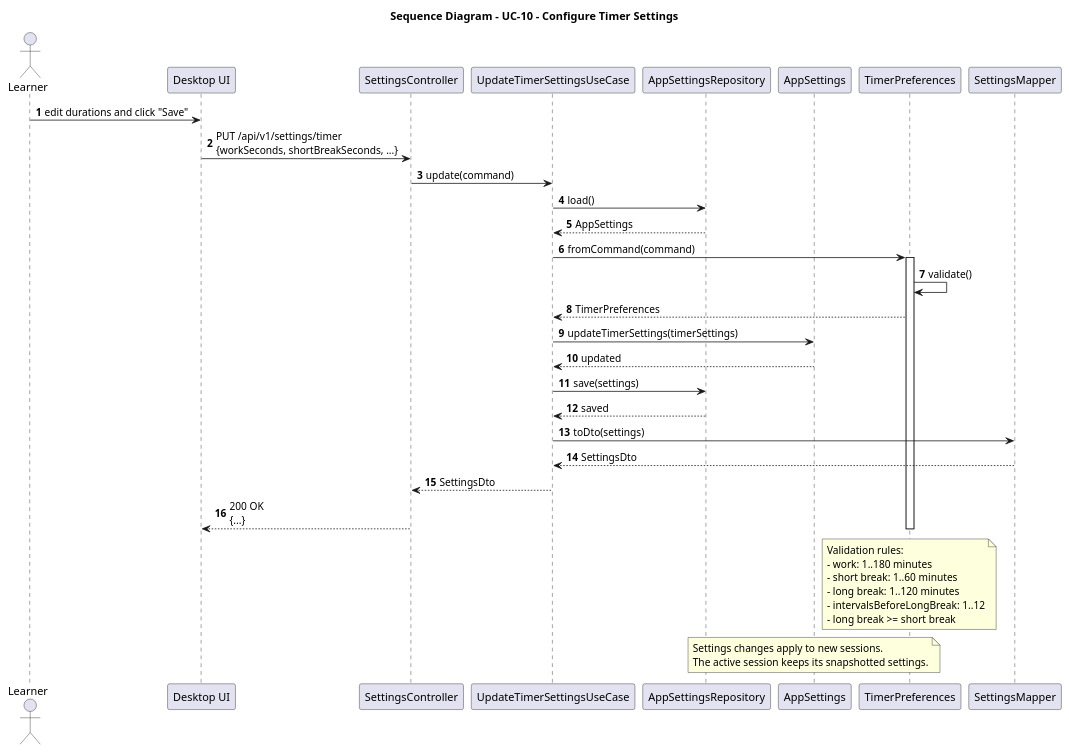
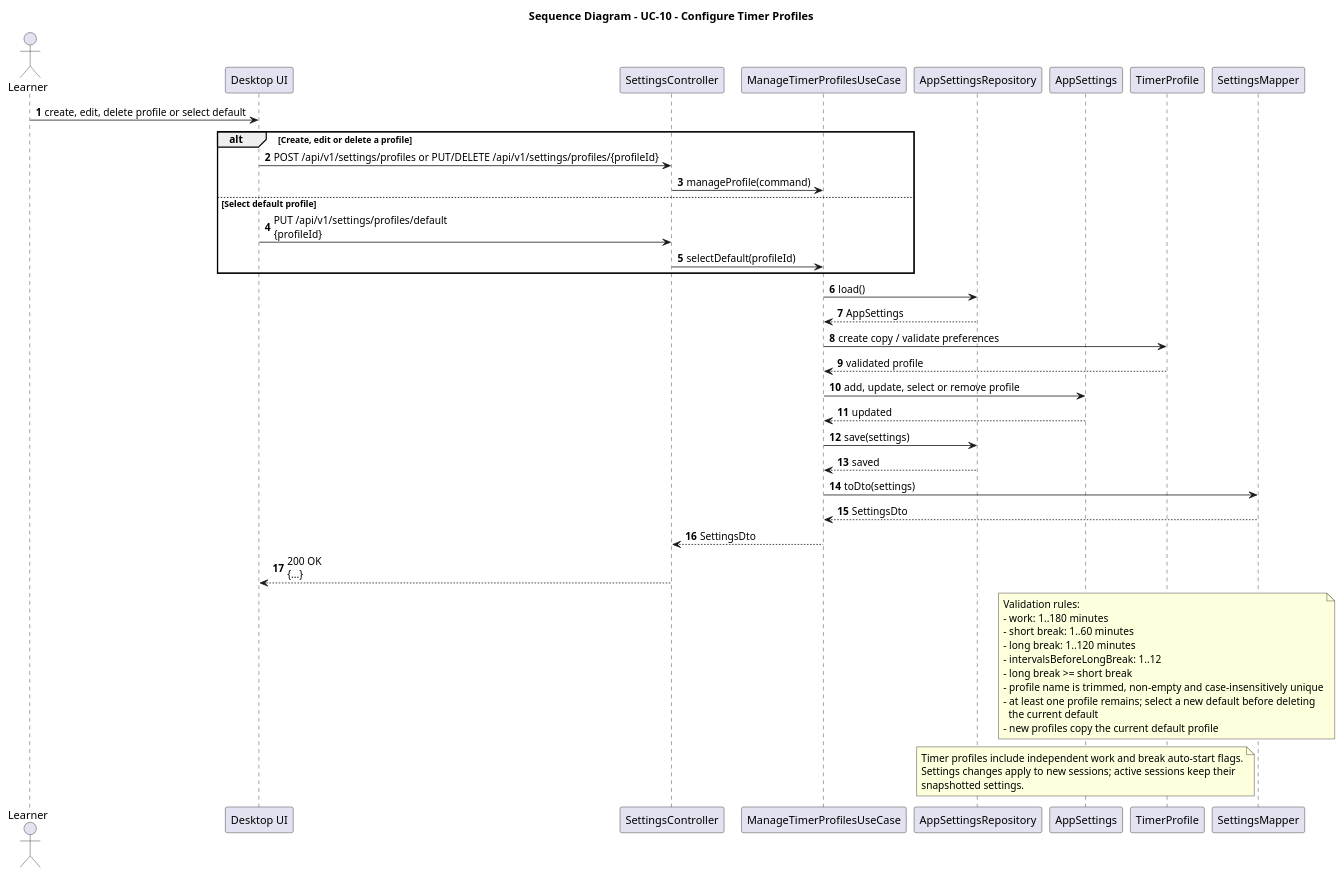
One commit to MiguelRibeiro1210/Focus-and-Study-Tracking changed the diagram in docs/SD/SD_ConfigureTimerSettings.puml. Above: the diagram before and after it, drawn with PlantUML. The commit also changed 21 other files, not shown here.

```diff
--- a/docs/SD/SD_ConfigureTimerSettings.puml
+++ b/docs/SD/SD_ConfigureTimerSettings.puml
@@ -1,47 +1,54 @@
 @startuml
-title Sequence Diagram - UC-10 - Configure Timer Settings
+title Sequence Diagram - UC-10 - Configure Timer Profiles
 
 autonumber
 actor Learner
 participant "Desktop UI" as UI
 participant "SettingsController" as Controller
-participant "UpdateTimerSettingsUseCase" as UseCase
+participant "ManageTimerProfilesUseCase" as UseCase
 participant "AppSettingsRepository" as Repo
 participant "AppSettings" as Settings
-participant "TimerPreferences" as TimerSettings
+participant "TimerProfile" as Profile
 participant "SettingsMapper" as Mapper
 
-Learner -> UI : edit durations and click "Save"
-UI -> Controller : PUT /api/v1/settings/timer\n{workSeconds, shortBreakSeconds, ...}
-Controller -> UseCase : update(command)
+Learner -> UI : create, edit, delete profile or select default
+alt Create, edit or delete a profile
+  UI -> Controller : POST /api/v1/settings/profiles or PUT/DELETE /api/v1/settings/profiles/{profileId}
+  Controller -> UseCase : manageProfile(command)
+else Select default profile
+  UI -> Controller : PUT /api/v1/settings/profiles/default\n{profileId}
+  Controller -> UseCase : selectDefault(profileId)
+end
 UseCase -> Repo : load()
 Repo --> UseCase : AppSettings
-UseCase -> TimerSettings : fromCommand(command)
-activate TimerSettings
-TimerSettings -> TimerSettings : validate()
-TimerSettings --> UseCase : TimerPreferences
-UseCase -> Settings : updateTimerSettings(timerSettings)
+UseCase -> Profile : create copy / validate preferences
+Profile --> UseCase : validated profile
+UseCase -> Settings : add, update, select or remove profile
 Settings --> UseCase : updated
 UseCase -> Repo : save(settings)
 Repo --> UseCase : saved
 UseCase -> Mapper : toDto(settings)
 Mapper --> UseCase : SettingsDto
 UseCase --> Controller : SettingsDto
 Controller --> UI : 200 OK\n{...}
-deactivate TimerSettings
 
-note over TimerSettings
+note over Profile
   Validation rules:
   - work: 1..180 minutes
   - short break: 1..60 minutes
   - long break: 1..120 minutes
   - intervalsBeforeLongBreak: 1..12
   - long break >= short break
+  - profile name is trimmed, non-empty and case-insensitively unique
+  - at least one profile remains; select a new default before deleting
+    the current default
+  - new profiles copy the current default profile
 end note
 
 note over Settings
-  Settings changes apply to new sessions.
-  The active session keeps its snapshotted settings.
+  Timer profiles include independent work and break auto-start flags.
+  Settings changes apply to new sessions; active sessions keep their
+  snapshotted settings.
 end note
 
 @enduml
```
